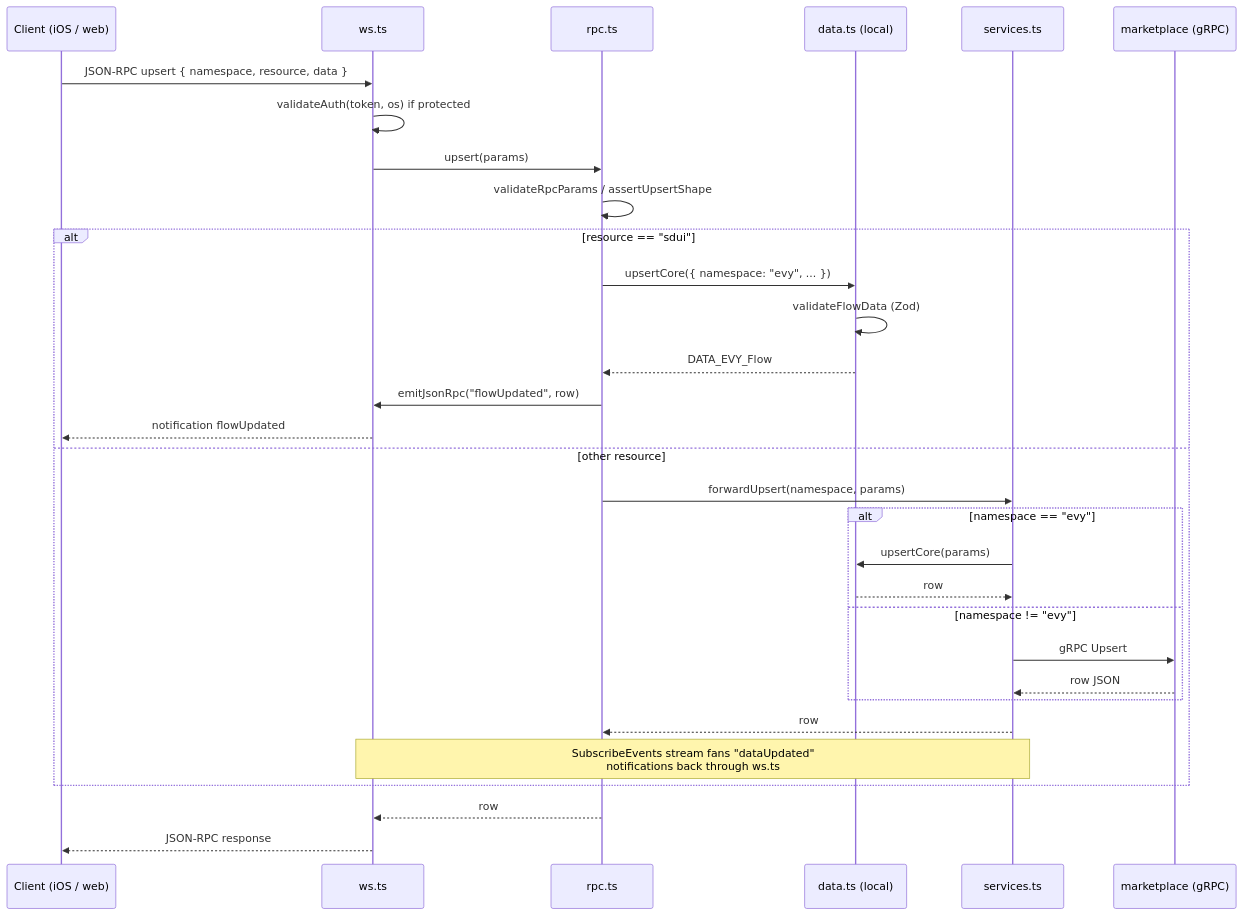
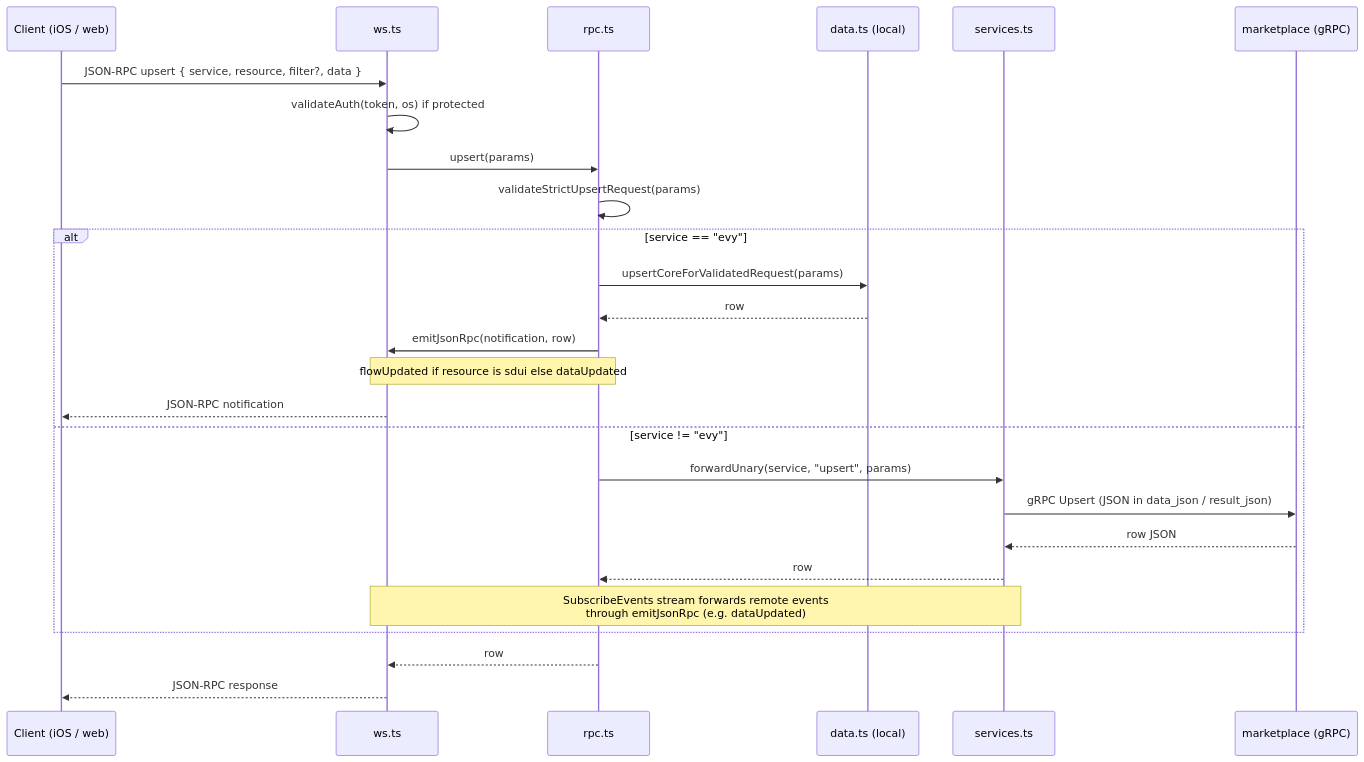
One commit to EVY-Platform/evy changed the second of 3 diagrams in api/README.md. Above: the diagram before and after it, drawn with Mermaid. The commit also changed other lines of this file and 102 other files, not shown here.

````diff
--- a/api/README.md
+++ b/api/README.md
@@ -49,36 +49,31 @@
 ```mermaid
 sequenceDiagram
     participant C as Client (iOS / web)
     participant WS as ws.ts
     participant RPC as rpc.ts
     participant D as data.ts (local)
     participant S as services.ts
     participant MP as marketplace (gRPC)
 
-    C->>WS: JSON-RPC upsert { namespace, resource, data }
+    C->>WS: JSON-RPC upsert { service, resource, filter?, data }
     WS->>WS: validateAuth(token, os) if protected
     WS->>RPC: upsert(params)
-    RPC->>RPC: validateRpcParams / assertUpsertShape
+    RPC->>RPC: validateStrictUpsertRequest(params)
 
-    alt resource == "sdui"
-        RPC->>D: upsertCore({ namespace: "evy", ... })
-        D->>D: validateFlowData (Zod)
-        D-->>RPC: DATA_EVY_Flow
-        RPC->>WS: emitJsonRpc("flowUpdated", row)
-        WS-->>C: notification flowUpdated
-    else other resource
-        RPC->>S: forwardUpsert(namespace, params)
-        alt namespace == "evy"
-            S->>D: upsertCore(params)
-            D-->>S: row
-        else namespace != "evy"
-            S->>MP: gRPC Upsert
-            MP-->>S: row JSON
-        end
+    alt service == "evy"
+        RPC->>D: upsertCoreForValidatedRequest(params)
+        D-->>RPC: row
+        RPC->>WS: emitJsonRpc(notification, row)
+        Note over RPC,WS: flowUpdated if resource is sdui else dataUpdated
+        WS-->>C: JSON-RPC notification
+    else service != "evy"
+        RPC->>S: forwardUnary(service, "upsert", params)
+        S->>MP: gRPC Upsert (JSON in data_json / result_json)
+        MP-->>S: row JSON
         S-->>RPC: row
-        Note over S,WS: SubscribeEvents stream fans "dataUpdated"<br/>notifications back through ws.ts
+        Note over S,WS: SubscribeEvents stream forwards remote events<br/>through emitJsonRpc (e.g. dataUpdated)
     end
 
     RPC-->>WS: row
     WS-->>C: JSON-RPC response
 ```
````
